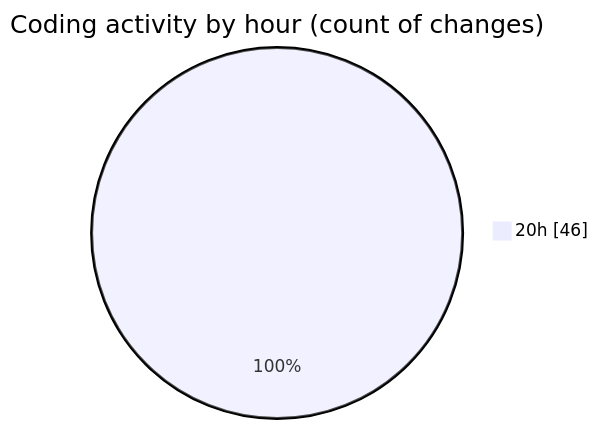
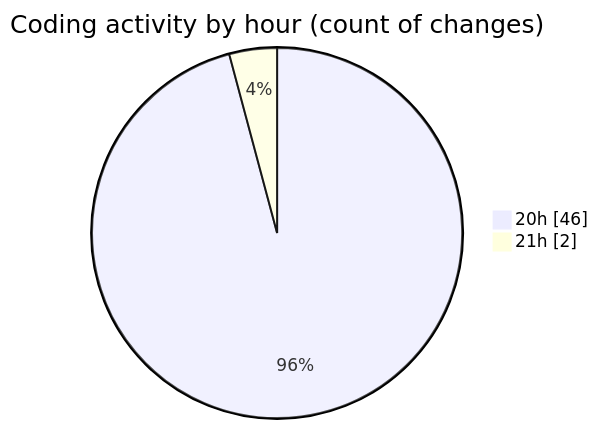
One commit to Ritupan-Deka/code-tracking changed the second of 2 diagrams in 2025-07-19/mern-workoutboard/README.md. Above: the diagram before and after it, drawn with Mermaid. The commit also changed other lines of this file and 1 other file, not shown here.

````diff
--- a/2025-07-19/mern-workoutboard/README.md
+++ b/2025-07-19/mern-workoutboard/README.md
@@ -29,5 +29,6 @@
 ```mermaid
 pie showData
 title Coding activity by hour (count of changes)
 "20h" : 46
+"21h" : 2
 ```
````
